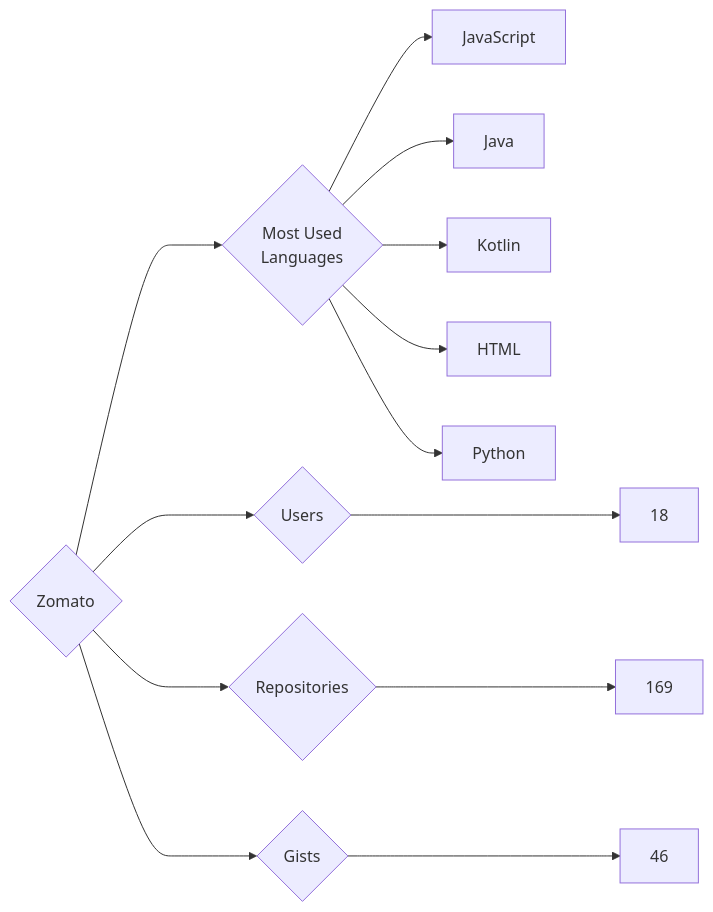
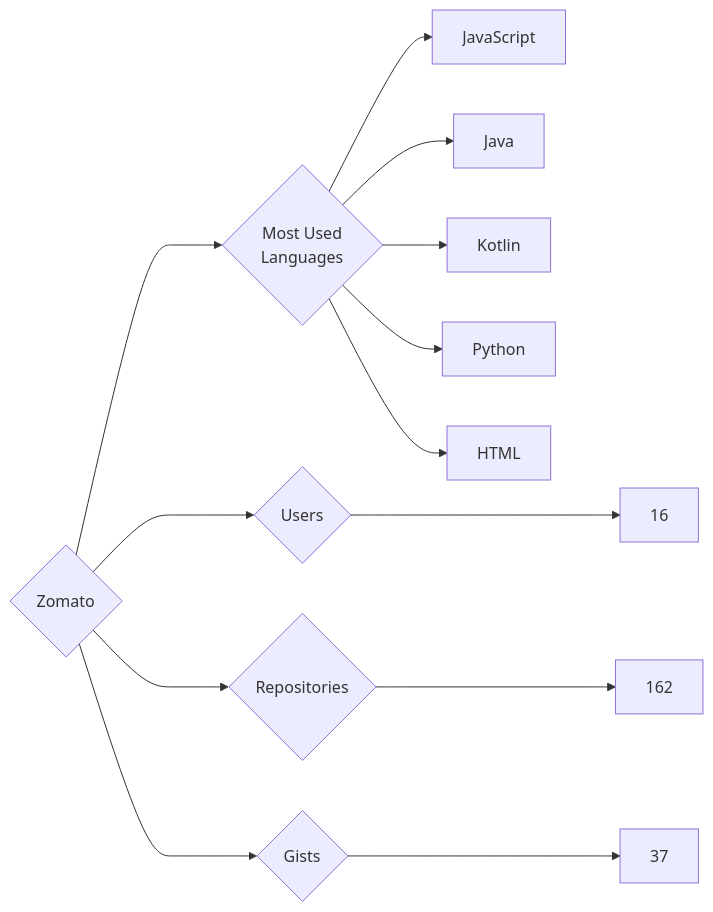
The diagram in targets/Zomato/README.md (trickest/insiders), drawn with Mermaid before and after one commit. The commit also changed 1484 other files, not shown here.

````diff
--- a/targets/Zomato/README.md
+++ b/targets/Zomato/README.md
@@ -3,13 +3,13 @@
 ```mermaid
 graph LR
 COMPANY_NAME{Zomato}
-COMPANY_NAME ---> U{Users} ---> UN[18]
-COMPANY_NAME ---> R{Repositories} ---> RN[169]
-COMPANY_NAME ---> G{Gists} ---> GN[46]
+COMPANY_NAME ---> U{Users} ---> UN[16]
+COMPANY_NAME ---> R{Repositories} ---> RN[162]
+COMPANY_NAME ---> G{Gists} ---> GN[37]
 COMPANY_NAME ---> ML{Most Used<br>Languages}
 ML --> JavaScript[JavaScript]
 ML --> Java[Java]
 ML --> Kotlin[Kotlin]
+ML --> Python[Python]
 ML --> HTML[HTML]
-ML --> Python[Python]
 ```
````
